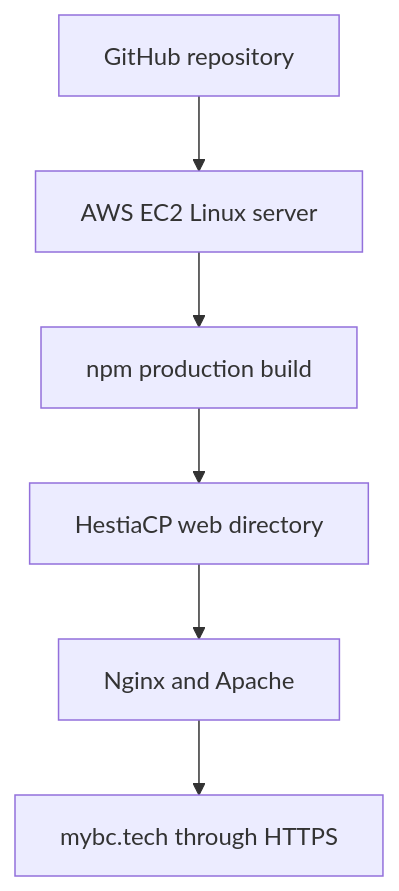
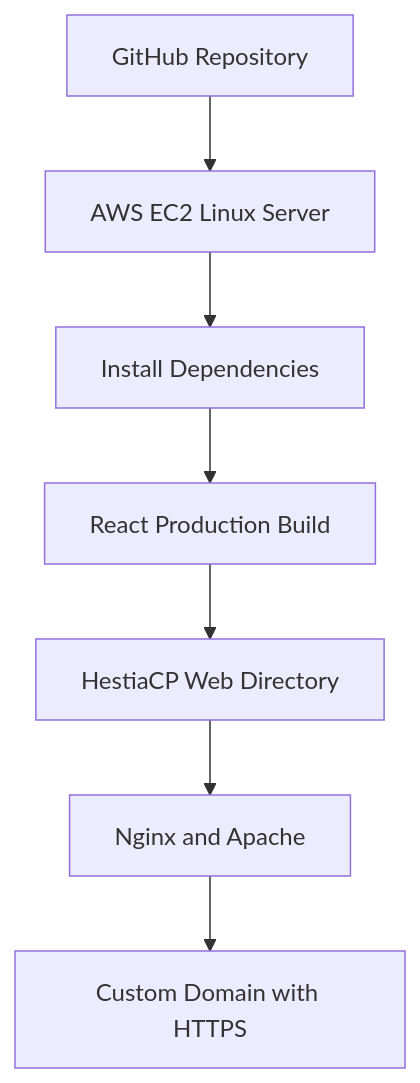
Before and after one commit to cruzerblade95/cruzerblade95_portfolio: the diagram in README.md, drawn with Mermaid. The commit also changed other lines of this file, not shown here.

````diff
--- a/README.md
+++ b/README.md
@@ -266,8 +456,9 @@
 ```mermaid
 flowchart TD
-    A[GitHub repository] --> B[AWS EC2 Linux server]
-    B --> C[npm production build]
-    C --> D[HestiaCP web directory]
-    D --> E[Nginx and Apache]
-    E --> F[mybc.tech through HTTPS]
+    A[GitHub Repository] --> B[AWS EC2 Linux Server]
+    B --> C[Install Dependencies]
+    C --> D[React Production Build]
+    D --> E[HestiaCP Web Directory]
+    E --> F[Nginx and Apache]
+    F --> G[Custom Domain with HTTPS]
 ```
````
